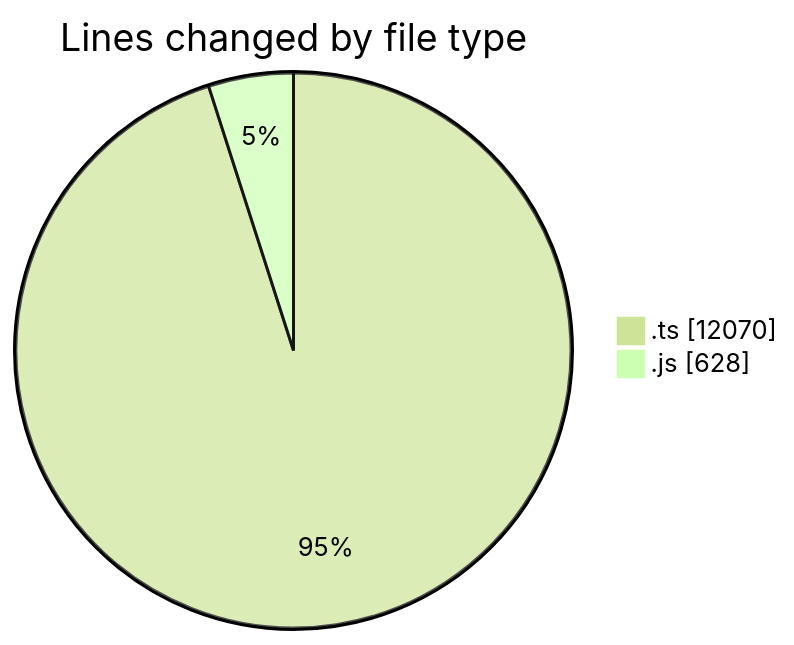
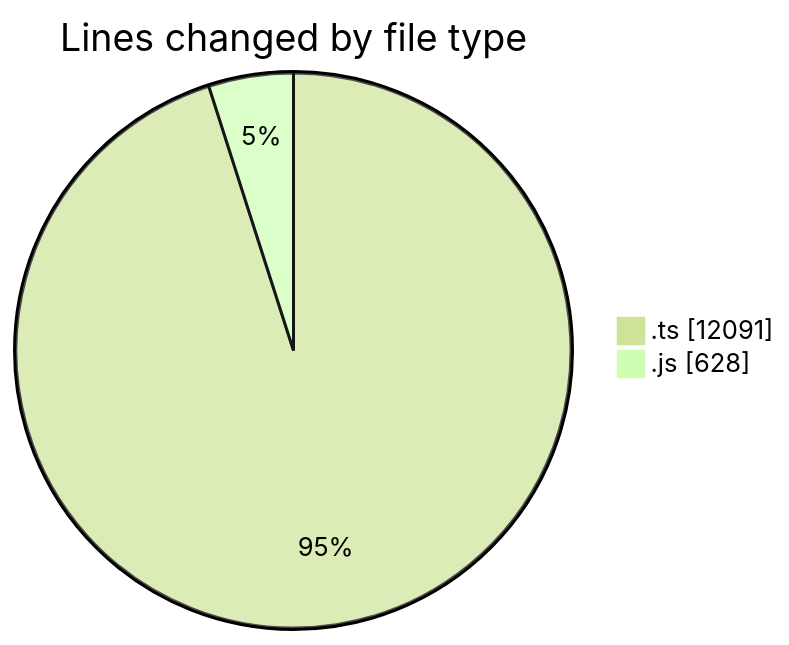
One commit to momahboobian/code-tracking changed the first of 2 diagrams in 2025-09-05/cda/README.md. Above: the diagram before and after it, drawn with Mermaid (forest theme). The commit also changed other lines of this file and 1 other file, not shown here.

````diff
--- a/2025-09-05/cda/README.md
+++ b/2025-09-05/cda/README.md
@@ -24,6 +24,6 @@
 ```mermaid
 pie showData
 title Lines changed by file type
-".ts" : 12070
+".ts" : 12091
 ".js" : 628
 ```
````
